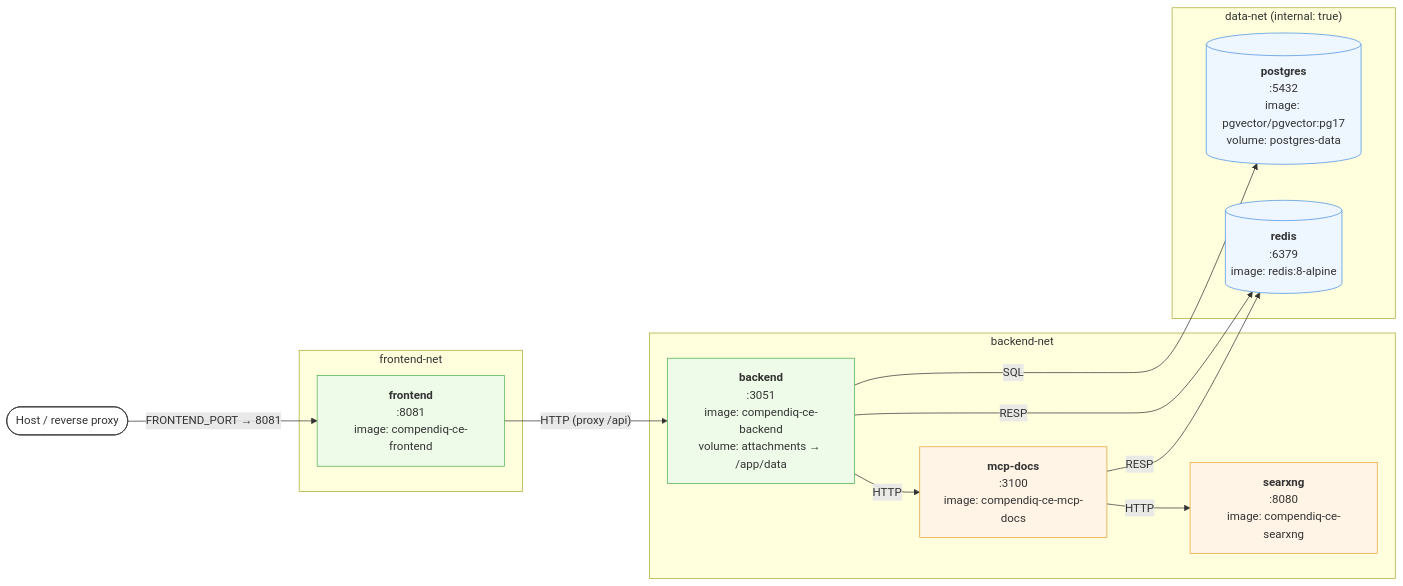
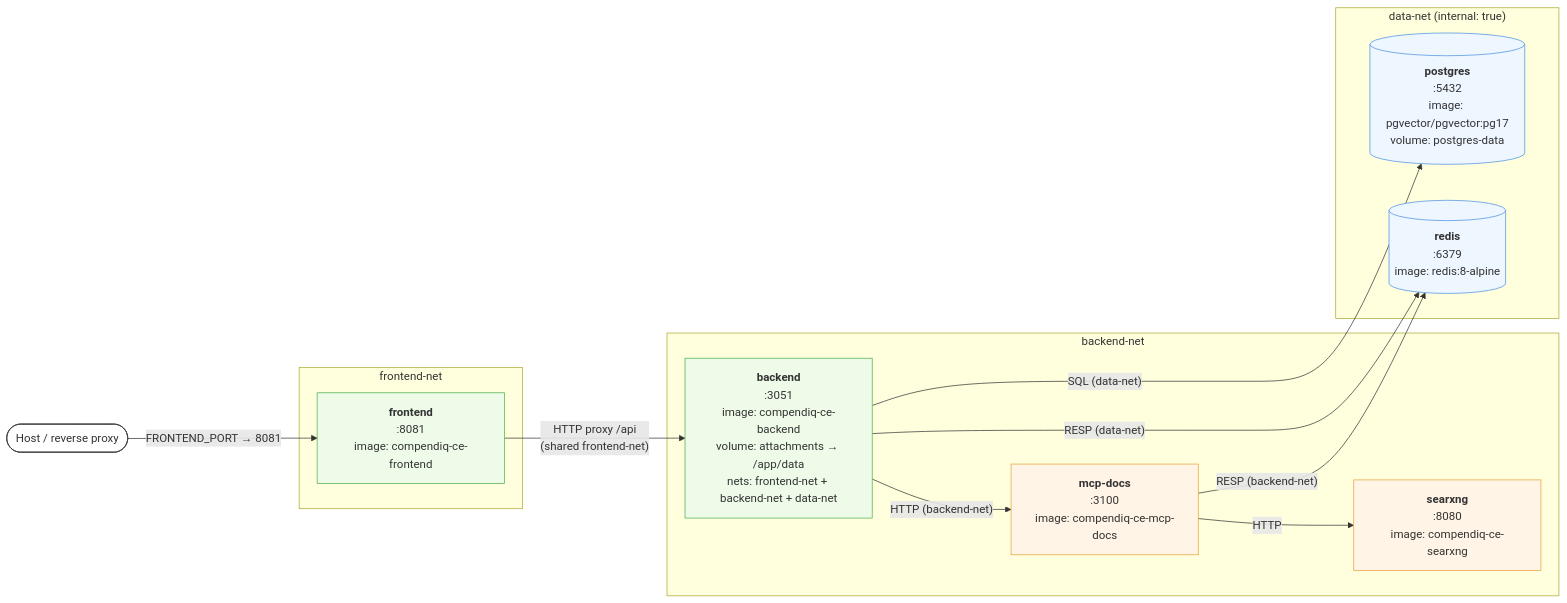
One commit to Compendiq/compendiq-ce changed the first of 2 diagrams in docs/architecture/05-deployment.md. Above: the diagram before and after it, drawn with Mermaid. The commit also changed other lines of this file and 10 other files, not shown here.

````diff
--- a/docs/architecture/05-deployment.md
+++ b/docs/architecture/05-deployment.md
@@ -9,37 +11,37 @@
 ```mermaid
 flowchart LR
     host(["Host / reverse proxy"])
 
     subgraph fe_net["frontend-net"]
         fe["<b>frontend</b><br/>:8081<br/>image: compendiq-ce-frontend"]
     end
 
     subgraph be_net["backend-net"]
-        be["<b>backend</b><br/>:3051<br/>image: compendiq-ce-backend<br/>volume: attachments → /app/data"]
+        be["<b>backend</b><br/>:3051<br/>image: compendiq-ce-backend<br/>volume: attachments → /app/data<br/>nets: frontend-net + backend-net + data-net"]
         mcp["<b>mcp-docs</b><br/>:3100<br/>image: compendiq-ce-mcp-docs"]
         searx["<b>searxng</b><br/>:8080<br/>image: compendiq-ce-searxng"]
     end
 
     subgraph data_net["data-net (internal: true)"]
         pg[("<b>postgres</b><br/>:5432<br/>image: pgvector/pgvector:pg17<br/>volume: postgres-data")]
         rd[("<b>redis</b><br/>:6379<br/>image: redis:8-alpine")]
     end
 
     host -- "FRONTEND_PORT → 8081" --> fe
-    fe -- "HTTP (proxy /api)" --> be
-    be -- "HTTP" --> mcp
+    fe -- "HTTP proxy /api<br/>(shared frontend-net)" --> be
+    be -- "HTTP (backend-net)" --> mcp
     mcp -- "HTTP" --> searx
-    be -- "SQL" --> pg
-    be -- "RESP" --> rd
-    mcp -- "RESP" --> rd
+    be -- "SQL (data-net)" --> pg
+    be -- "RESP (data-net)" --> rd
+    mcp -- "RESP (backend-net)" --> rd
 
     classDef ext fill:#fff,stroke:#333
     classDef net fill:#fafafa,stroke:#bbb,stroke-dasharray: 4 4
     classDef svc fill:#eefbe8,stroke:#4caf50
     classDef data fill:#eef6ff,stroke:#4a90e2
     classDef side fill:#fff4e5,stroke:#e5a23c
     class host ext
     class fe,be svc
     class mcp,searx side
     class pg,rd data
 ```
````
